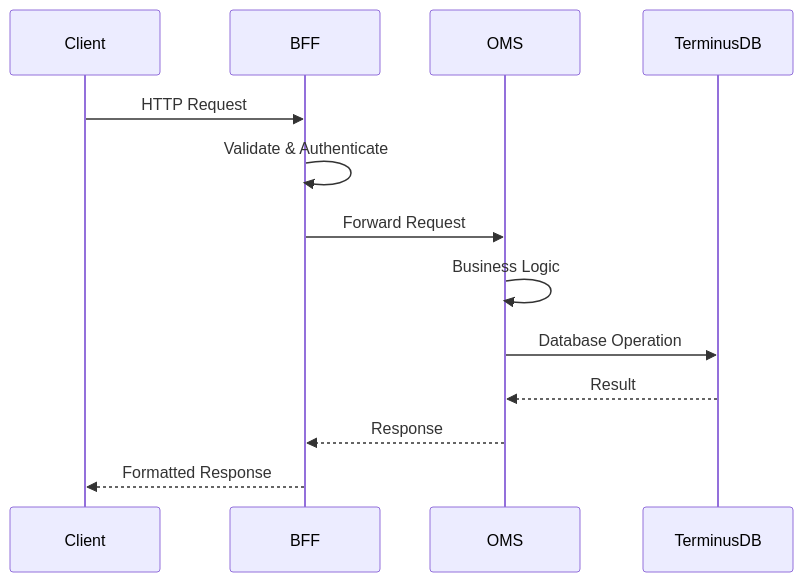
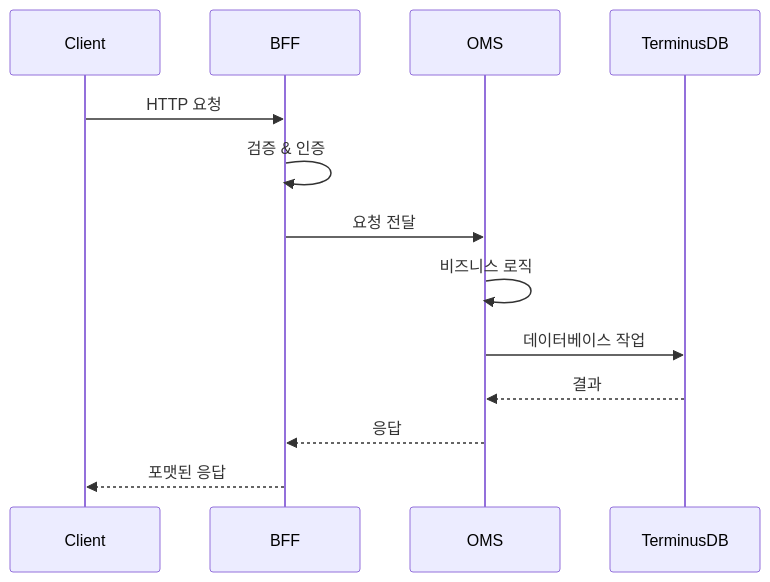
The first of 3 diagrams in docs/DETAILED_ARCHITECTURE.md (ludia8888/SPICE-Harvester), drawn with Mermaid before and after one commit. The commit also changed other lines of this file and 331 other files, not shown here.

````diff
--- a/docs/DETAILED_ARCHITECTURE.md
+++ b/docs/DETAILED_ARCHITECTURE.md
@@ -116,16 +170,16 @@
 ```mermaid
 sequenceDiagram
     participant Client
     participant BFF
     participant OMS
     participant TerminusDB
     
-    Client->>BFF: HTTP Request
-    BFF->>BFF: Validate & Authenticate
-    BFF->>OMS: Forward Request
-    OMS->>OMS: Business Logic
-    OMS->>TerminusDB: Database Operation
-    TerminusDB-->>OMS: Result
-    OMS-->>BFF: Response
-    BFF-->>Client: Formatted Response
+    Client->>BFF: HTTP 요청
+    BFF->>BFF: 검증 & 인증
+    BFF->>OMS: 요청 전달
+    OMS->>OMS: 비즈니스 로직
+    OMS->>TerminusDB: 데이터베이스 작업
+    TerminusDB-->>OMS: 결과
+    OMS-->>BFF: 응답
+    BFF-->>Client: 포맷된 응답
 ```
````
